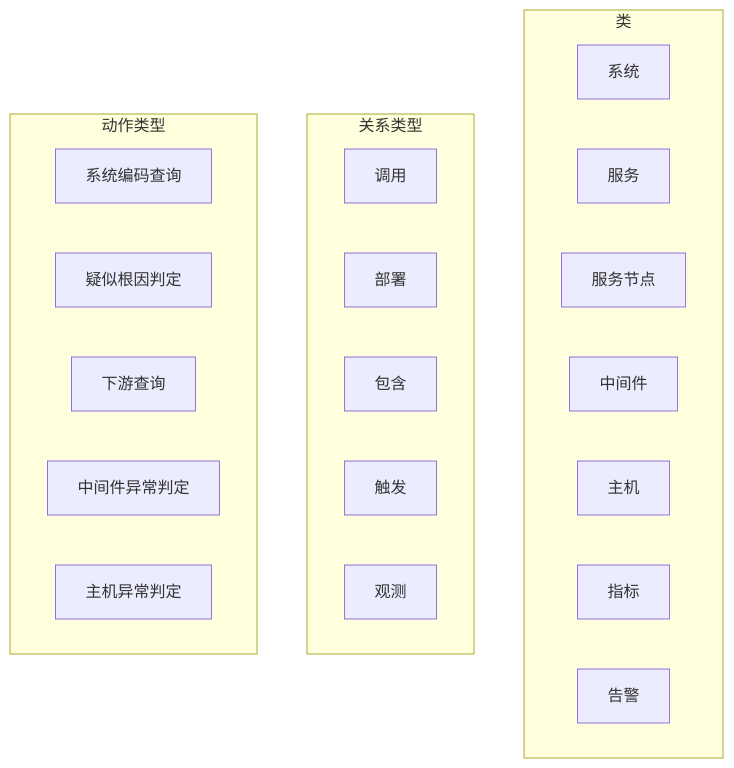
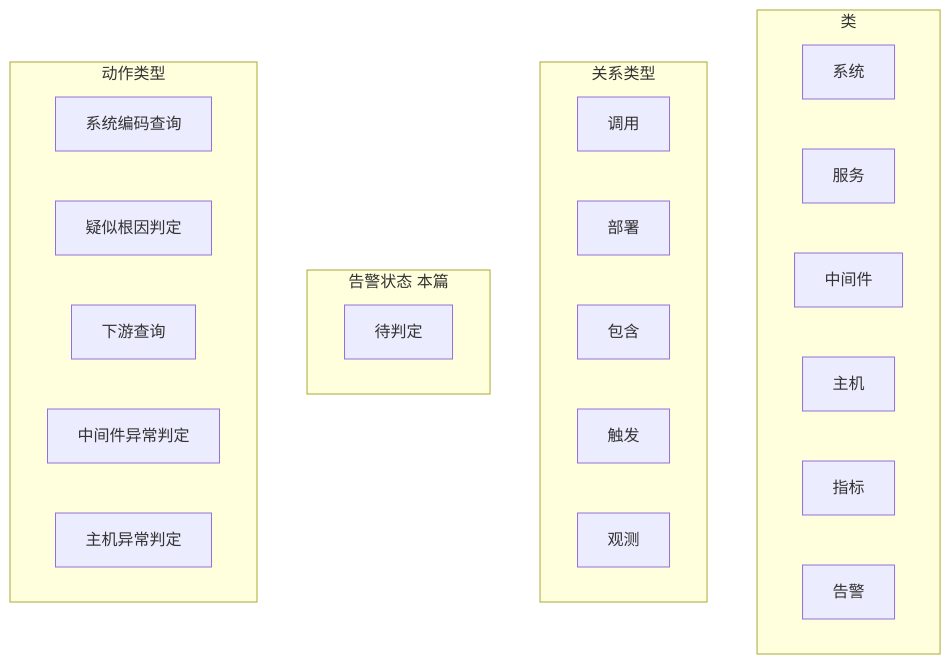
Before and after one commit to zhuxiangqun/aiPlatform: the fourth of 46 diagrams in docs/contracts/ONTOLOGY_PPT_SCENARIOS.md, drawn with Mermaid. The commit also changed other lines of this file, not shown here.

````diff
--- a/docs/contracts/ONTOLOGY_PPT_SCENARIOS.md
+++ b/docs/contracts/ONTOLOGY_PPT_SCENARIOS.md
@@ -90,26 +195,28 @@
 ```mermaid
 flowchart TB
   subgraph lei [类]
     xt["系统"]
     fw["服务"]
-    jd["服务节点"]
     zjj["中间件"]
     zj["主机"]
     zb["指标"]
     gj["告警"]
   end
   subgraph gx [关系类型]
     dy["调用"]
     bs["部署"]
     bh["包含"]
     cf["触发"]
     gc["观测"]
   end
+  subgraph zt [告警状态 本篇]
+    st0["待判定"]
+  end
   subgraph dz [动作类型]
     d1["系统编码查询"]
     d2["疑似根因判定"]
     d3["下游查询"]
     d4["中间件异常判定"]
     d5["主机异常判定"]
   end
 ```
````
